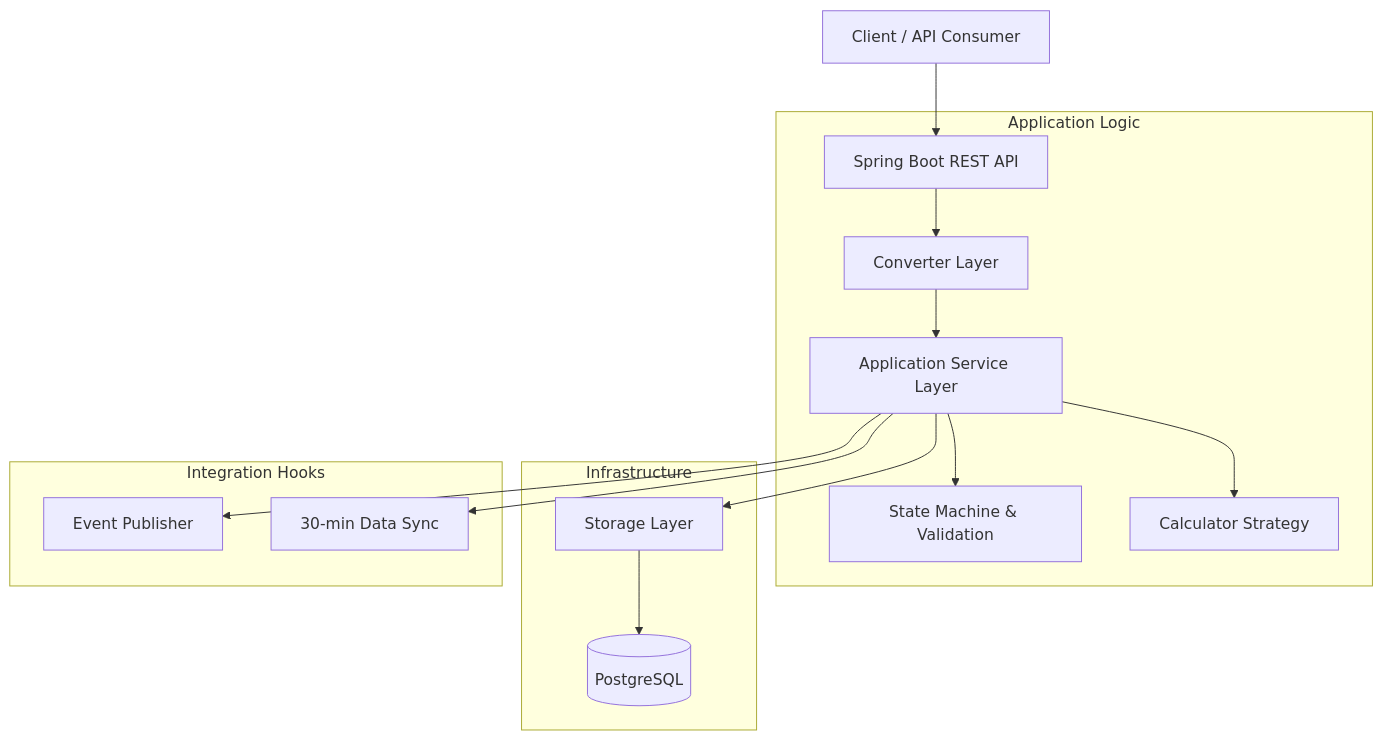
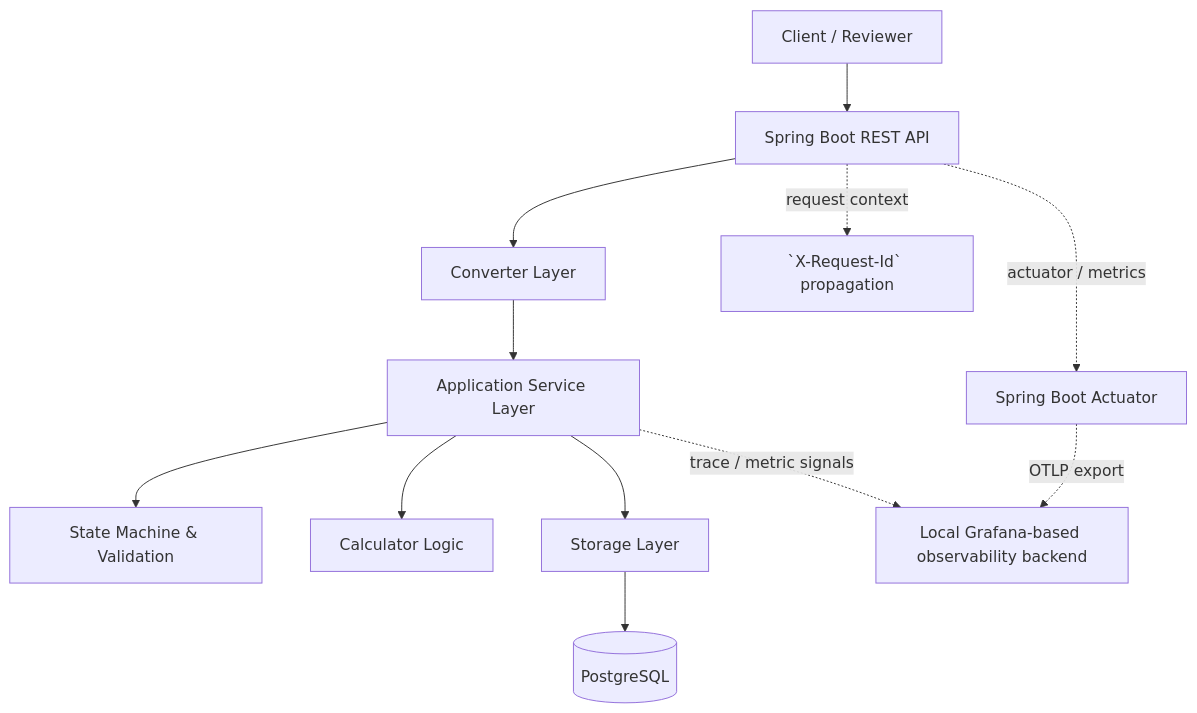
The first of 2 diagrams in README.md (liuliuOD/order-management-api), drawn with Mermaid before and after one commit. The commit also changed other lines of this file, not shown here.

First line of the commit message:
docs: restructure README for interviewer readability and add observability details

````diff
--- a/README.md
+++ b/README.md
@@ -27,21 +205,15 @@
 ```mermaid
 graph TD
-    Client[Client / API Consumer] --> Controller[Spring Boot REST API]
-    
-    subgraph "Application Logic"
-        Controller --> Converter[Converter Layer]
-        Converter --> Service[Application Service Layer]
-        Service --> StateMachine[State Machine & Validation]
-        Service --> Calculator[Calculator Strategy]
-    end
-    
-    subgraph "Infrastructure"
-        Service --> Storage[Storage Layer]
-        Storage --> DB[(PostgreSQL)]
-    end
-    
-    subgraph "Integration Hooks"
-        Service --> Pub[Event Publisher]
-        Service --> Sync[30-min Data Sync]
-    end
+    Client[Client / Reviewer] --> Controller[Spring Boot REST API]
+    Controller --> Converter[Converter Layer]
+    Converter --> Service[Application Service Layer]
+    Service --> StateMachine[State Machine & Validation]
+    Service --> Calculator[Calculator Logic]
+    Service --> Storage[Storage Layer]
+    Storage --> DB[(PostgreSQL)]
+
+    Controller -. request context .-> Correlation[`X-Request-Id` propagation]
+    Controller -. actuator / metrics .-> Actuator[Spring Boot Actuator]
+    Actuator -. OTLP export .-> O11y[Local Grafana-based observability backend]
+    Service -. trace / metric signals .-> O11y
 ```
````
